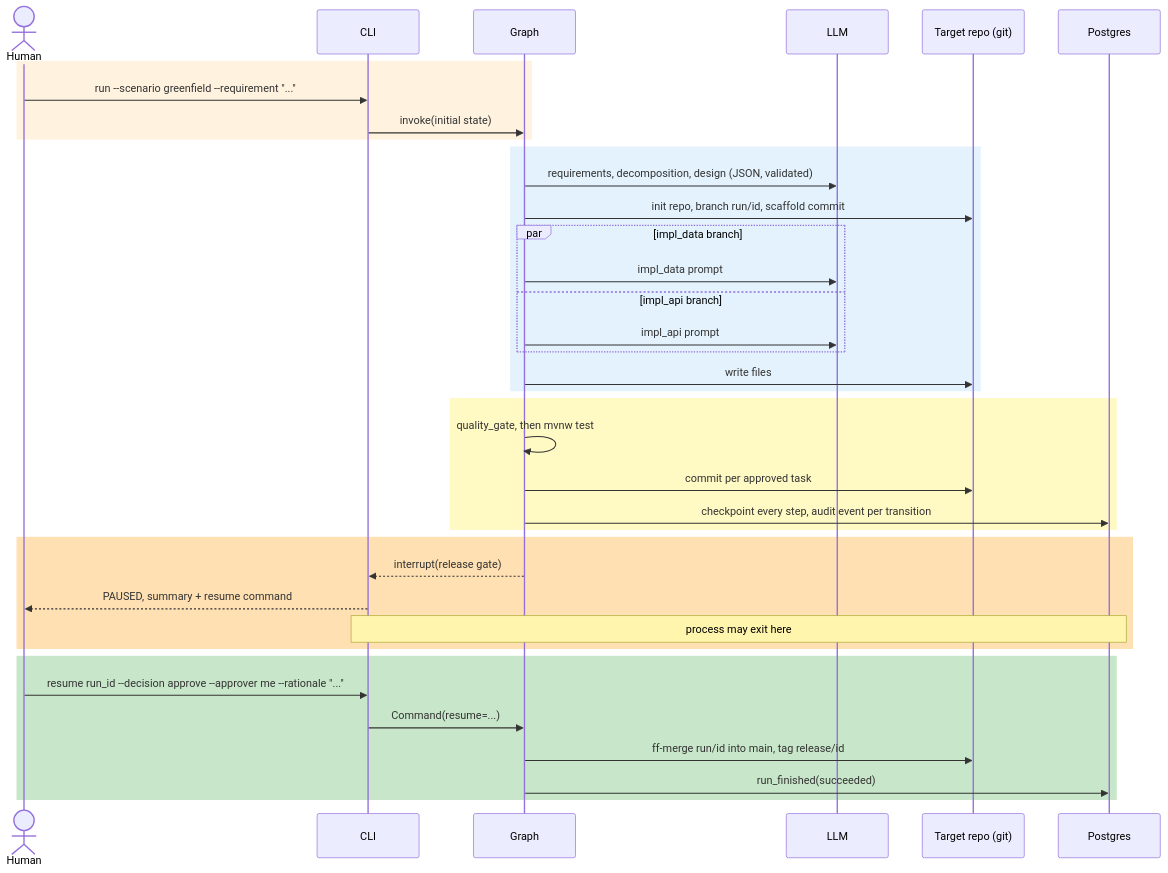
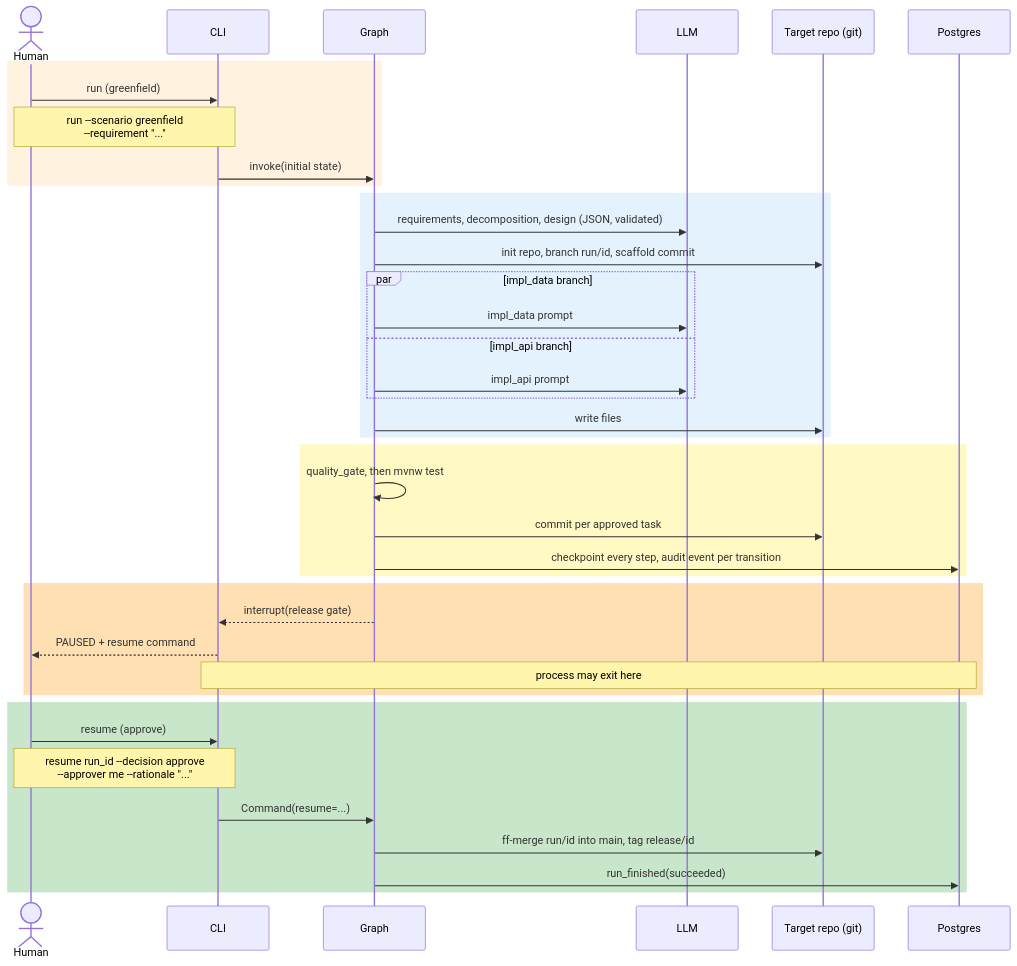
The third of 5 diagrams in README.md (ajayrahul11/agentic-sdlc-system), drawn with Mermaid before and after one commit.

Commit message:
Fix overlapping labels in run-over-time sequence diagram

````diff
--- a/README.md
+++ b/README.md
@@ -157,39 +157,41 @@
 ```mermaid
 sequenceDiagram
     actor H as Human
     participant C as CLI
     participant G as Graph
     participant L as LLM
     participant R as Target repo (git)
     participant DB as Postgres
     rect rgb(255, 243, 224)
-    H->>C: run --scenario greenfield --requirement "..."
+    H->>C: run (greenfield)
+    Note over H,C: run --scenario greenfield<br/>--requirement "..."
     C->>G: invoke(initial state)
     end
     rect rgb(227, 242, 253)
     G->>L: requirements, decomposition, design (JSON, validated)
     G->>R: init repo, branch run/id, scaffold commit
     par impl_data branch
         G->>L: impl_data prompt
     and impl_api branch
         G->>L: impl_api prompt
     end
     G->>R: write files
     end
     rect rgb(255, 249, 196)
     G->>G: quality_gate, then mvnw test
     G->>R: commit per approved task
     G->>DB: checkpoint every step, audit event per transition
     end
     rect rgb(255, 224, 178)
     G-->>C: interrupt(release gate)
-    C-->>H: PAUSED, summary + resume command
+    C-->>H: PAUSED + resume command
     Note over C,DB: process may exit here
     end
     rect rgb(200, 230, 201)
-    H->>C: resume run_id --decision approve --approver me --rationale "..."
+    H->>C: resume (approve)
+    Note over H,C: resume run_id --decision approve<br/>--approver me --rationale "..."
     C->>G: Command(resume=...)
     G->>R: ff-merge run/id into main, tag release/id
     G->>DB: run_finished(succeeded)
     end
 ```
````
